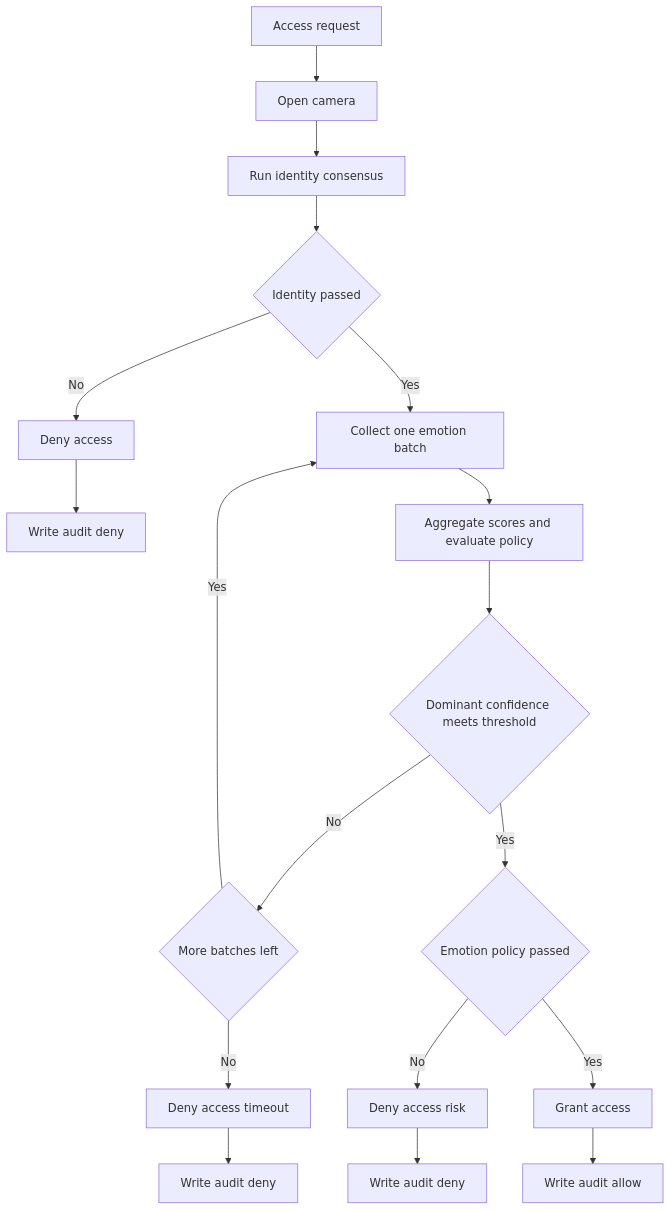
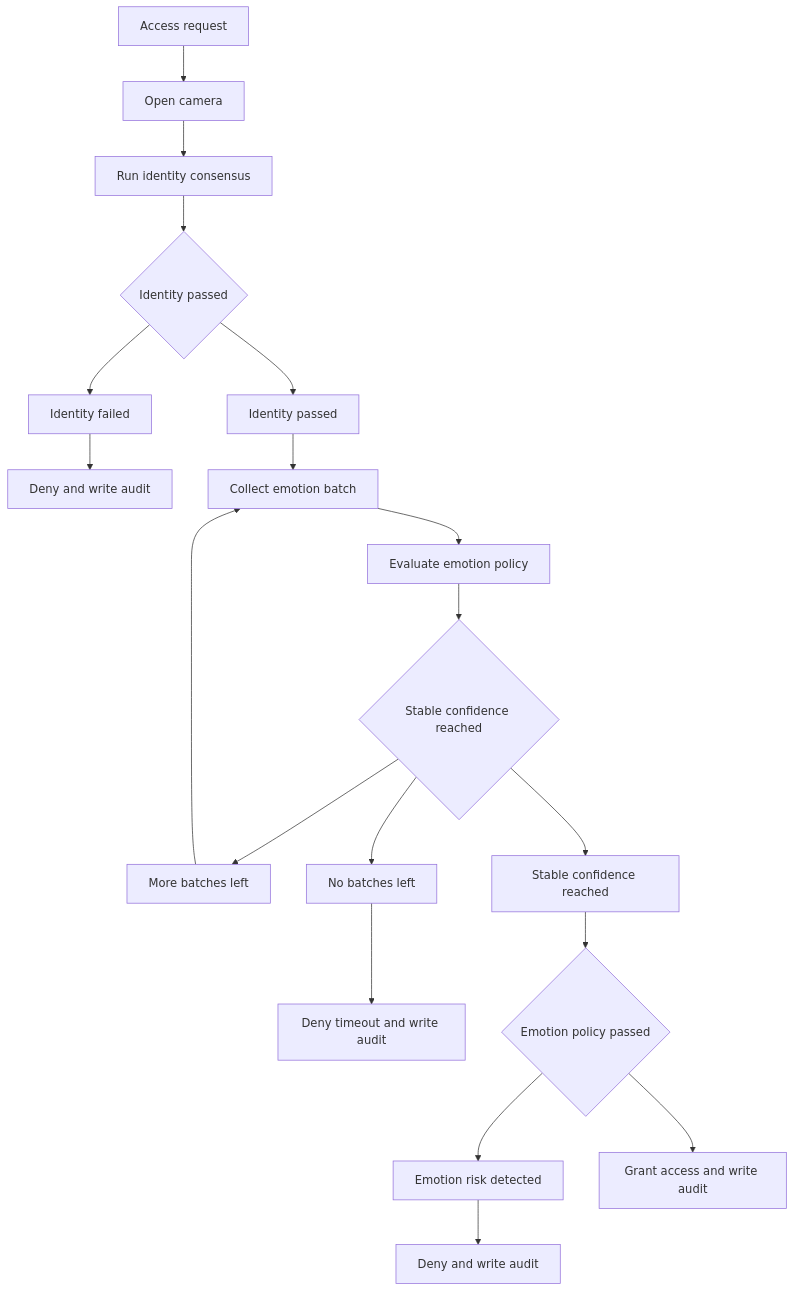
The diagram in README.md (tedwhirring569/gatekeeper), drawn with Mermaid before and after one commit. The commit also changed 1 other file, not shown here.

Commit message:
Simplify mermaid flow and update scan image

````diff
--- a/README.md
+++ b/README.md
@@ -40,22 +40,21 @@
 ```mermaid
-flowchart TD
-    start[Access request] --> camera[Open camera]
-    camera --> identity[Run identity consensus]
-    identity --> identity_ok{Identity passed}
-    identity_ok -- No --> deny_id[Deny access]
-    deny_id --> audit_deny_id[Write audit deny]
-
-    identity_ok -- Yes --> batch[Collect one emotion batch]
-    batch --> eval[Aggregate scores and evaluate policy]
-    eval --> stable{Dominant confidence meets threshold}
-    stable -- No --> more{More batches left}
-    more -- Yes --> batch
-    more -- No --> deny_timeout[Deny access timeout]
-    deny_timeout --> audit_deny_timeout[Write audit deny]
-
-    stable -- Yes --> emotion_ok{Emotion policy passed}
-    emotion_ok -- No --> deny_emotion[Deny access risk]
-    deny_emotion --> audit_deny_emotion[Write audit deny]
-    emotion_ok -- Yes --> allow[Grant access]
-    allow --> audit_allow[Write audit allow]
+graph TD
+    A[Access request] --> B[Open camera]
+    B --> C[Run identity consensus]
+    C --> D{Identity passed}
+    D --> E[Identity failed]
+    E --> F[Deny and write audit]
+    D --> G[Identity passed]
+    G --> H[Collect emotion batch]
+    H --> I[Evaluate emotion policy]
+    I --> J{Stable confidence reached}
+    J --> K[More batches left]
+    K --> H
+    J --> L[No batches left]
+    L --> M[Deny timeout and write audit]
+    J --> N[Stable confidence reached]
+    N --> O{Emotion policy passed}
+    O --> P[Emotion risk detected]
+    P --> Q[Deny and write audit]
+    O --> R[Grant access and write audit]
 ```
````
